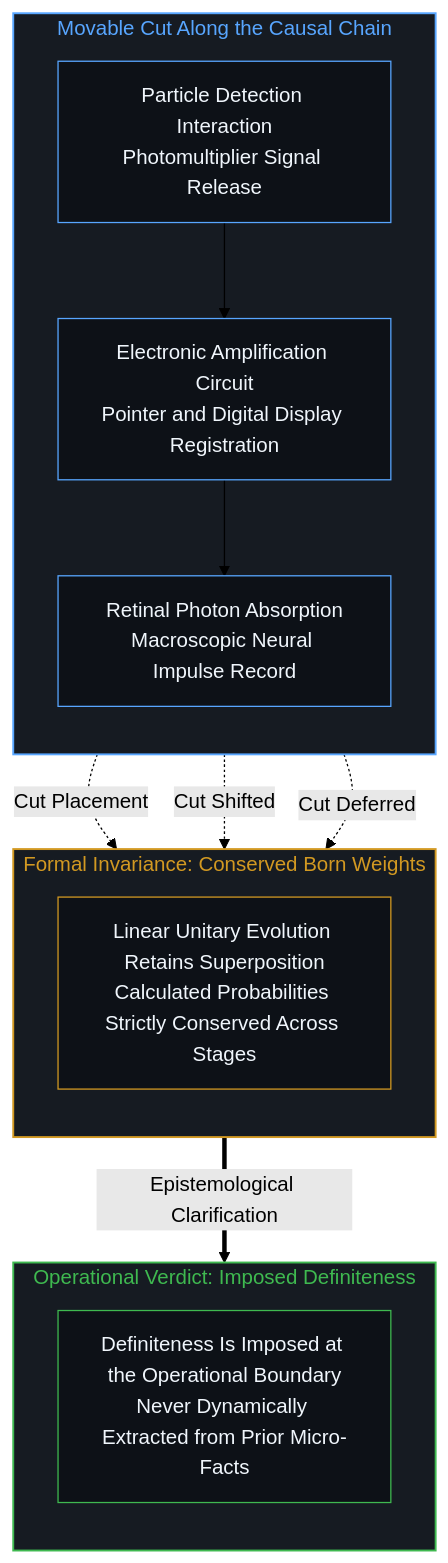
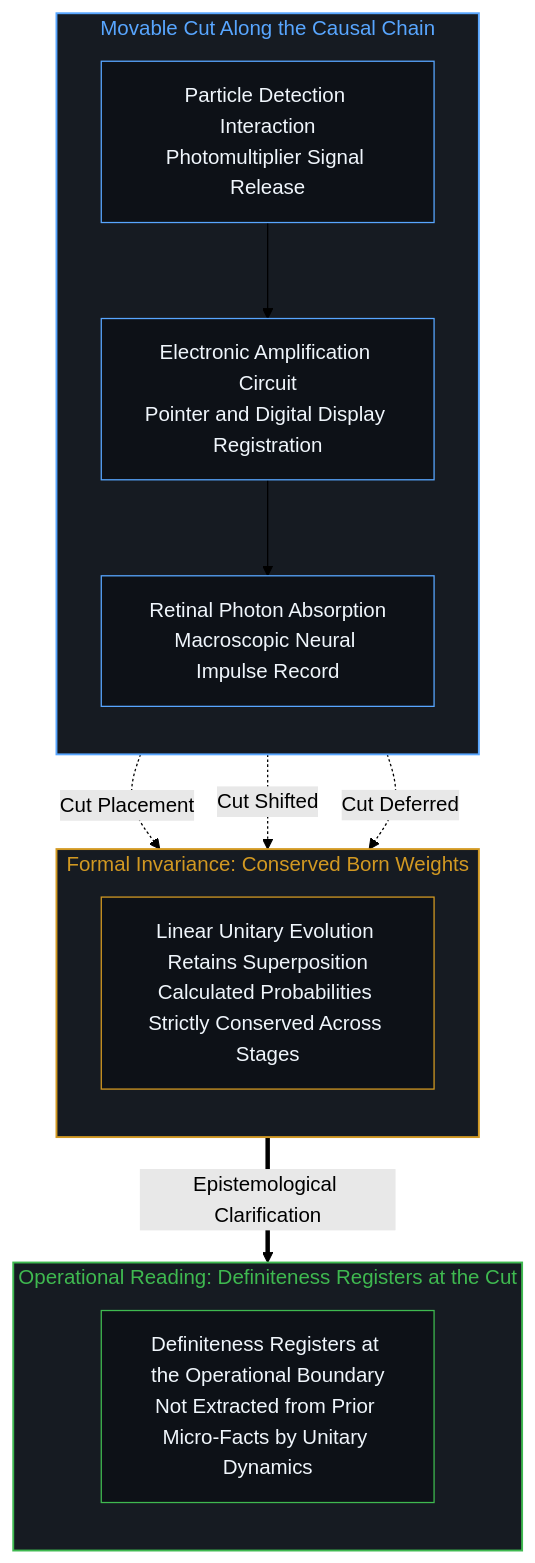
One commit to powerpig99/not-a-toe changed the sixth of 6 diagrams in content/posts/the-potential-infinity-of-operators-and-the-finite-horizon-of-records.md. Above: the diagram before and after it, drawn with Mermaid (forest theme). The commit also changed other lines of this file and 1 other file, not shown here.

Commit message:
Wave 2 L2 node 2 refinement: the-potential-infinity-of-operators-and-the-finite-horizon-of-records

````diff
--- a/content/posts/the-potential-infinity-of-operators-and-the-finite-horizon-of-records.md
+++ b/content/posts/the-potential-infinity-of-operators-and-the-finite-horizon-of-records.md
@@ -193,29 +197,29 @@
 ```mermaid
 flowchart TD
     subgraph S_CHAIN ["Movable Cut Along the Causal Chain"]
         direction TB
         A["Particle Detection Interaction<br/>Photomultiplier Signal Release"] --> B["Electronic Amplification Circuit<br/>Pointer and Digital Display Registration"]
         B --> C["Retinal Photon Absorption<br/>Macroscopic Neural Impulse Record"]
     end
     subgraph S_INVARIANCE ["Formal Invariance: Conserved Born Weights"]
         direction TB
         D["Linear Unitary Evolution Retains Superposition<br/>Calculated Probabilities Strictly Conserved Across Stages"]
     end
-    subgraph S_HORIZON ["Operational Verdict: Imposed Definiteness"]
+    subgraph S_HORIZON ["Operational Reading: Definiteness Registers at the Cut"]
         direction TB
-        E["Definiteness Is Imposed at the Operational Boundary<br/>Never Dynamically Extracted from Prior Micro-Facts"]
+        E["Definiteness Registers at the Operational Boundary<br/>Not Extracted from Prior Micro-Facts by Unitary Dynamics"]
     end
     A -.->|Cut Placement| D
     B -.->|Cut Shifted| D
     C -.->|Cut Deferred| D
     D ==>|Epistemological Clarification| E
 
     style S_CHAIN fill:#161b22,stroke:#58a6ff,stroke-width:1.5px,color:#58a6ff
     style S_INVARIANCE fill:#161b22,stroke:#d29922,stroke-width:1.5px,color:#d29922
     style S_HORIZON fill:#161b22,stroke:#3fb950,stroke-width:1.5px,color:#3fb950
     style A fill:#0d1117,stroke:#58a6ff,stroke-width:1px,color:#f0f6fc
     style B fill:#0d1117,stroke:#58a6ff,stroke-width:1px,color:#f0f6fc
     style C fill:#0d1117,stroke:#58a6ff,stroke-width:1px,color:#f0f6fc
     style D fill:#0d1117,stroke:#d29922,stroke-width:1px,color:#f0f6fc
     style E fill:#0d1117,stroke:#3fb950,stroke-width:1px,color:#f0f6fc
 ```
````
